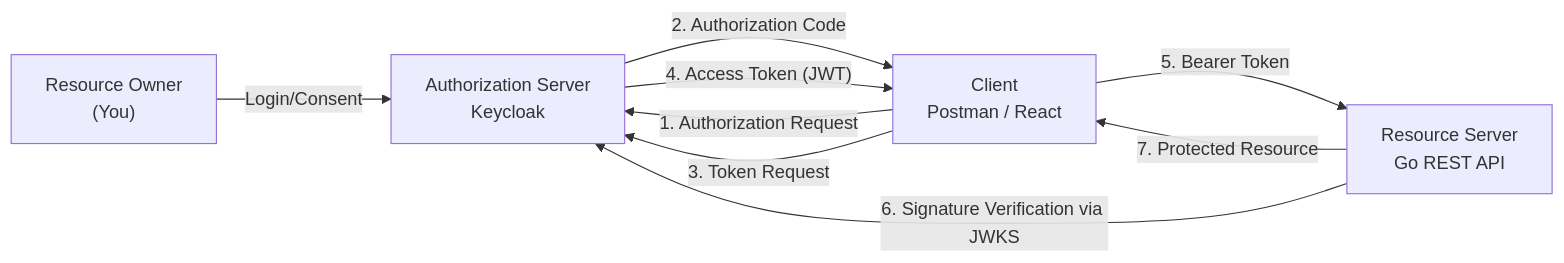
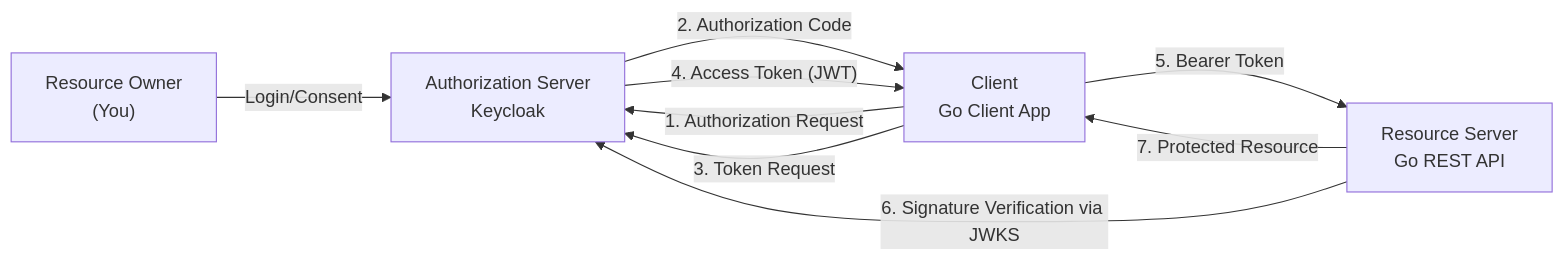
Before and after one commit to sokoide/workshop: the first of 2 diagrams in infra/oauth2_en.md, drawn with Mermaid. The commit also changed other lines of this file and 4 other files, not shown here.

````diff
--- a/infra/oauth2_en.md
+++ b/infra/oauth2_en.md
@@ -50,11 +50,11 @@
 ```mermaid
 graph LR
     RO["Resource Owner<br>(You)"] -->|Login/Consent| AS["Authorization Server<br>Keycloak"]
-    CL["Client<br>Postman / React"] -->|1. Authorization Request| AS
+    CL["Client<br>Go Client App"] -->|1. Authorization Request| AS
     AS -->|2. Authorization Code| CL
     CL -->|3. Token Request| AS
     AS -->|"4. Access Token (JWT)"| CL
     CL -->|5. Bearer Token| RS["Resource Server<br>Go REST API"]
     RS -->|6. Signature Verification via JWKS| AS
     RS -->|7. Protected Resource| CL
 ```
````
